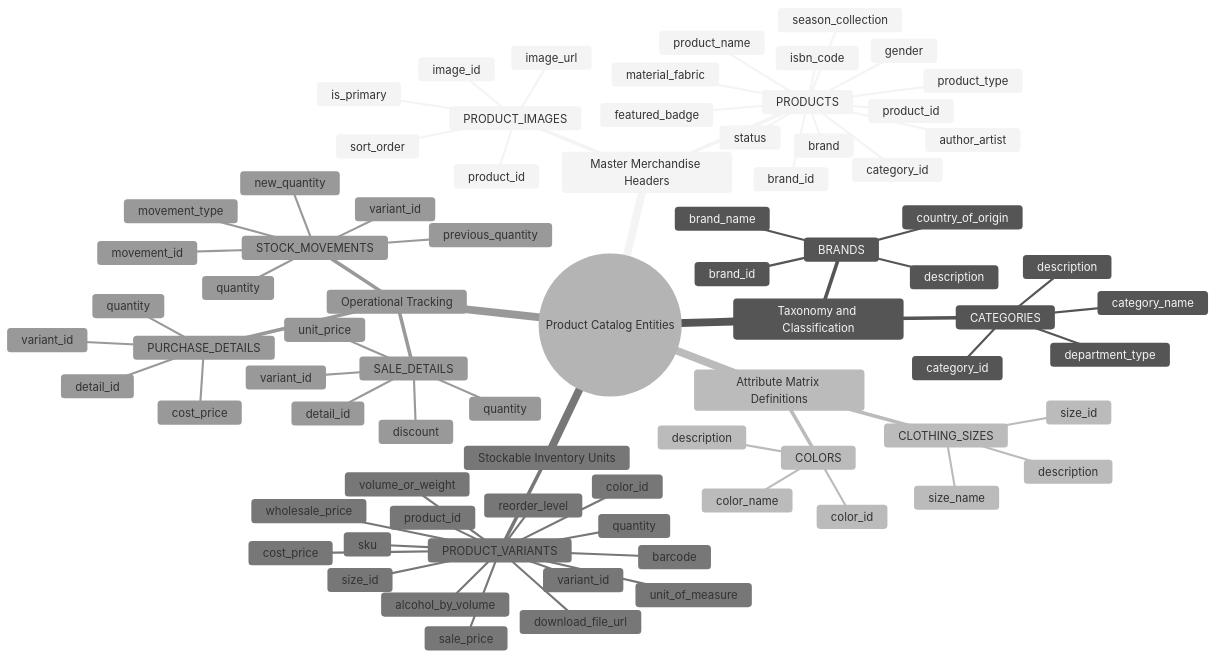
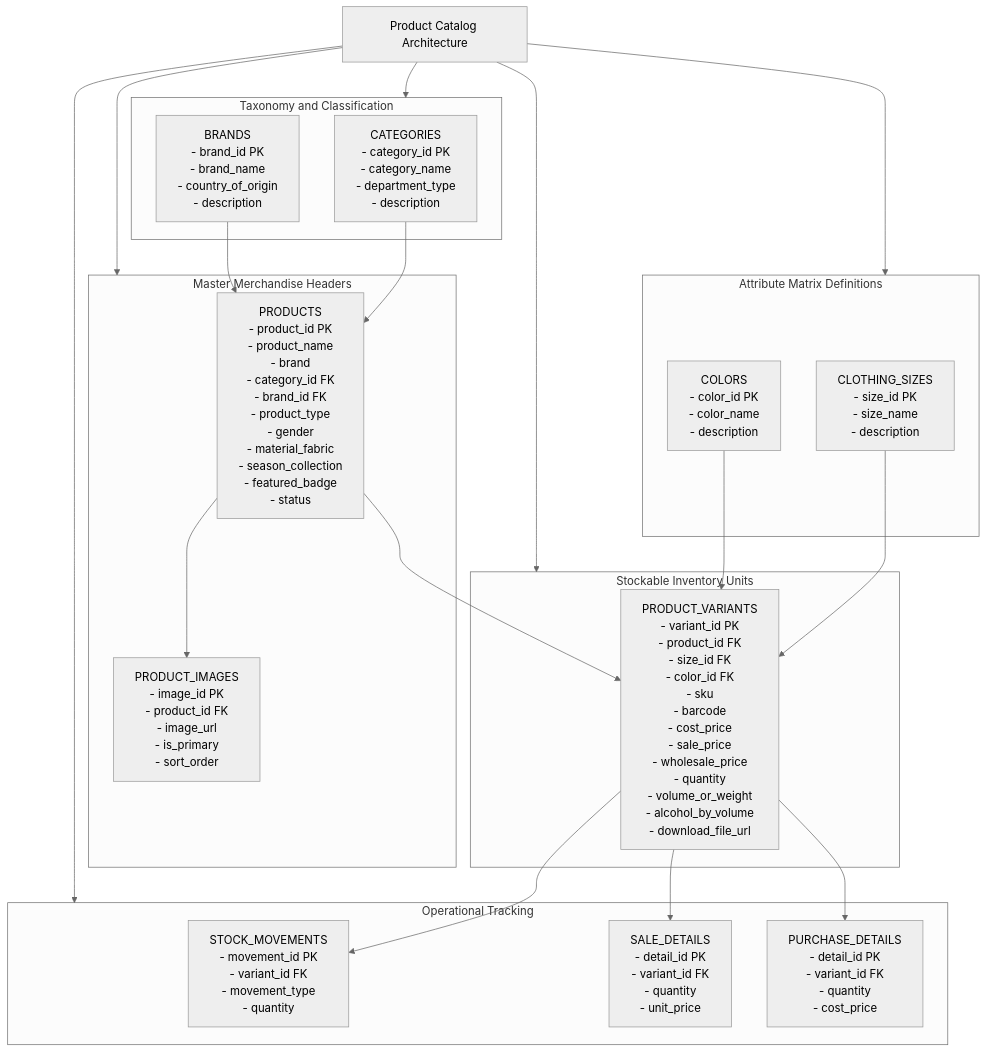
One commit to SNPCodeLab/outfit-shop-api changed the diagram in PRODUCT_DOCUMENT.md. Above: the diagram before and after it, drawn with Mermaid (neutral theme). The commit also changed 1 other file, not shown here.

Commit message:
fix(docs): replace mindmap with standard flowchart TB diagrams for universal markdown renderer support

````diff
--- a/PRODUCT_DOCUMENT.md
+++ b/PRODUCT_DOCUMENT.md
@@ -9,81 +9,46 @@
 ```mermaid
-mindmap
-  root((Product Catalog Entities))
-    Master Merchandise Headers
-      PRODUCTS
-        product_id
-        product_name
-        brand
-        category_id
-        brand_id
-        product_type
-        gender
-        material_fabric
-        season_collection
-        featured_badge
-        author_artist
-        isbn_code
-        status
-      PRODUCT_IMAGES
-        image_id
-        product_id
-        image_url
-        is_primary
-        sort_order
-    Taxonomy and Classification
-      CATEGORIES
-        category_id
-        category_name
-        department_type
-        description
-      BRANDS
-        brand_id
-        brand_name
-        country_of_origin
-        description
-    Attribute Matrix Definitions
-      CLOTHING_SIZES
-        size_id
-        size_name
-        description
-      COLORS
-        color_id
-        color_name
-        description
-    Stockable Inventory Units
-      PRODUCT_VARIANTS
-        variant_id
-        product_id
-        size_id
-        color_id
-        sku
-        barcode
-        cost_price
-        sale_price
-        wholesale_price
-        quantity
-        reorder_level
-        unit_of_measure
-        volume_or_weight
-        alcohol_by_volume
-        download_file_url
-    Operational Tracking
-      STOCK_MOVEMENTS
-        movement_id
-        variant_id
-        movement_type
-        quantity
-        previous_quantity
-        new_quantity
-      SALE_DETAILS
-        detail_id
-        variant_id
-        quantity
-        unit_price
-        discount
-      PURCHASE_DETAILS
-        detail_id
-        variant_id
-        quantity
-        cost_price
+flowchart TB
+    root["Product Catalog Architecture"]
+
+    subgraph H1["Master Merchandise Headers"]
+        PRODUCTS["PRODUCTS<br/>- product_id PK<br/>- product_name<br/>- brand<br/>- category_id FK<br/>- brand_id FK<br/>- product_type<br/>- gender<br/>- material_fabric<br/>- season_collection<br/>- featured_badge<br/>- status"]
+        PRODUCT_IMAGES["PRODUCT_IMAGES<br/>- image_id PK<br/>- product_id FK<br/>- image_url<br/>- is_primary<br/>- sort_order"]
+    end
+
+    subgraph H2["Taxonomy and Classification"]
+        CATEGORIES["CATEGORIES<br/>- category_id PK<br/>- category_name<br/>- department_type<br/>- description"]
+        BRANDS["BRANDS<br/>- brand_id PK<br/>- brand_name<br/>- country_of_origin<br/>- description"]
+    end
+
+    subgraph H3["Attribute Matrix Definitions"]
+        CLOTHING_SIZES["CLOTHING_SIZES<br/>- size_id PK<br/>- size_name<br/>- description"]
+        COLORS["COLORS<br/>- color_id PK<br/>- color_name<br/>- description"]
+    end
+
+    subgraph H4["Stockable Inventory Units"]
+        PRODUCT_VARIANTS["PRODUCT_VARIANTS<br/>- variant_id PK<br/>- product_id FK<br/>- size_id FK<br/>- color_id FK<br/>- sku<br/>- barcode<br/>- cost_price<br/>- sale_price<br/>- wholesale_price<br/>- quantity<br/>- volume_or_weight<br/>- alcohol_by_volume<br/>- download_file_url"]
+    end
+
+    subgraph H5["Operational Tracking"]
+        STOCK_MOVEMENTS["STOCK_MOVEMENTS<br/>- movement_id PK<br/>- variant_id FK<br/>- movement_type<br/>- quantity"]
+        SALE_DETAILS["SALE_DETAILS<br/>- detail_id PK<br/>- variant_id FK<br/>- quantity<br/>- unit_price"]
+        PURCHASE_DETAILS["PURCHASE_DETAILS<br/>- detail_id PK<br/>- variant_id FK<br/>- quantity<br/>- cost_price"]
+    end
+
+    root --> H1
+    root --> H2
+    root --> H3
+    root --> H4
+    root --> H5
+
+    CATEGORIES --> PRODUCTS
+    BRANDS --> PRODUCTS
+    PRODUCTS --> PRODUCT_VARIANTS
+    PRODUCTS --> PRODUCT_IMAGES
+    CLOTHING_SIZES --> PRODUCT_VARIANTS
+    COLORS --> PRODUCT_VARIANTS
+
+    PRODUCT_VARIANTS --> STOCK_MOVEMENTS
+    PRODUCT_VARIANTS --> SALE_DETAILS
+    PRODUCT_VARIANTS --> PURCHASE_DETAILS
 ```
````
